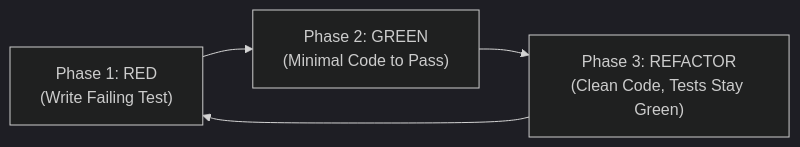
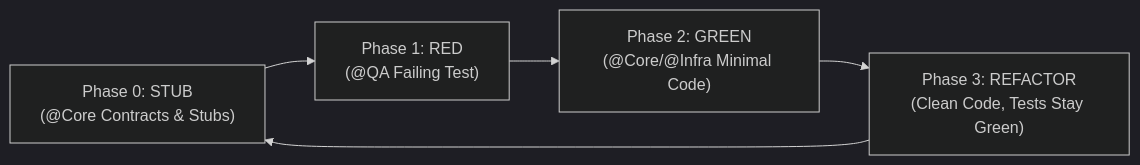
One commit to luong2024/RoomToRentRadar changed the diagram in .agents/skills/01-methodology/tdd-red-green-refactor/SKILL.md. Above: the diagram before and after it, drawn with Mermaid (dark theme). The commit also changed other lines of this file and 8 other files, not shown here.

````diff
--- a/.agents/skills/01-methodology/tdd-red-green-refactor/SKILL.md
+++ b/.agents/skills/01-methodology/tdd-red-green-refactor/SKILL.md
@@ -12,6 +12,7 @@
 ```mermaid
 flowchart LR
-    Red["Phase 1: RED<br/>(Write Failing Test)"] --> Green["Phase 2: GREEN<br/>(Minimal Code to Pass)"]
+    Stub["Phase 0: STUB<br/>(@Core Contracts & Stubs)"] --> Red["Phase 1: RED<br/>(@QA Failing Test)"]
+    Red --> Green["Phase 2: GREEN<br/>(@Core/@Infra Minimal Code)"]
     Green --> Refactor["Phase 3: REFACTOR<br/>(Clean Code, Tests Stay Green)"]
-    Refactor --> Red
+    Refactor --> Stub
 ```
````
